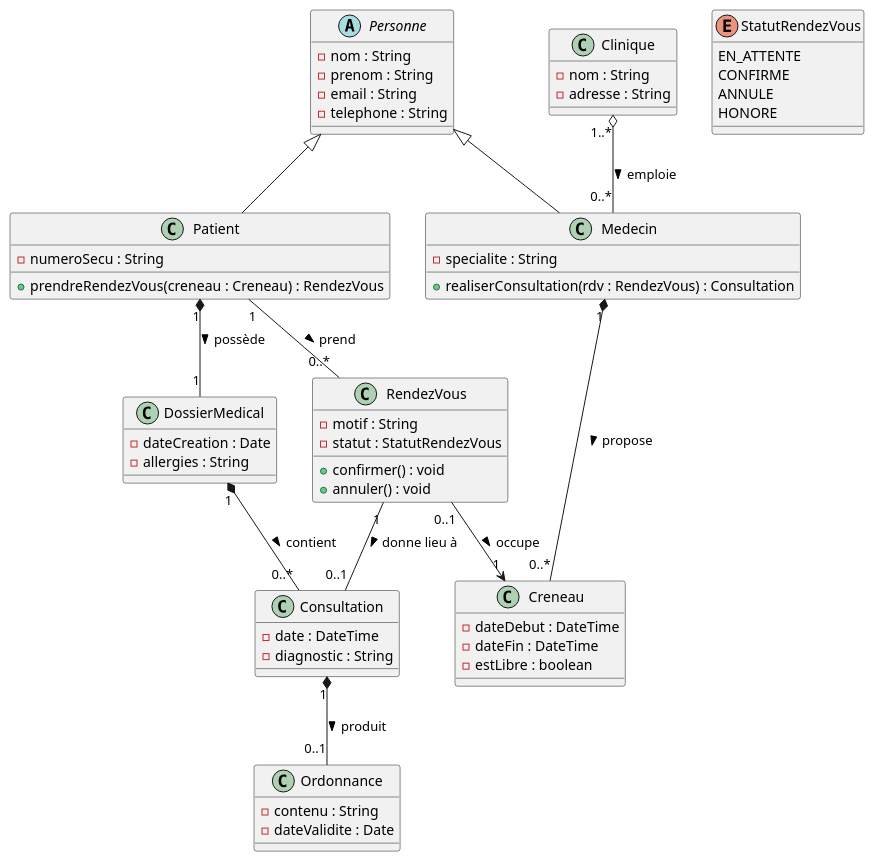
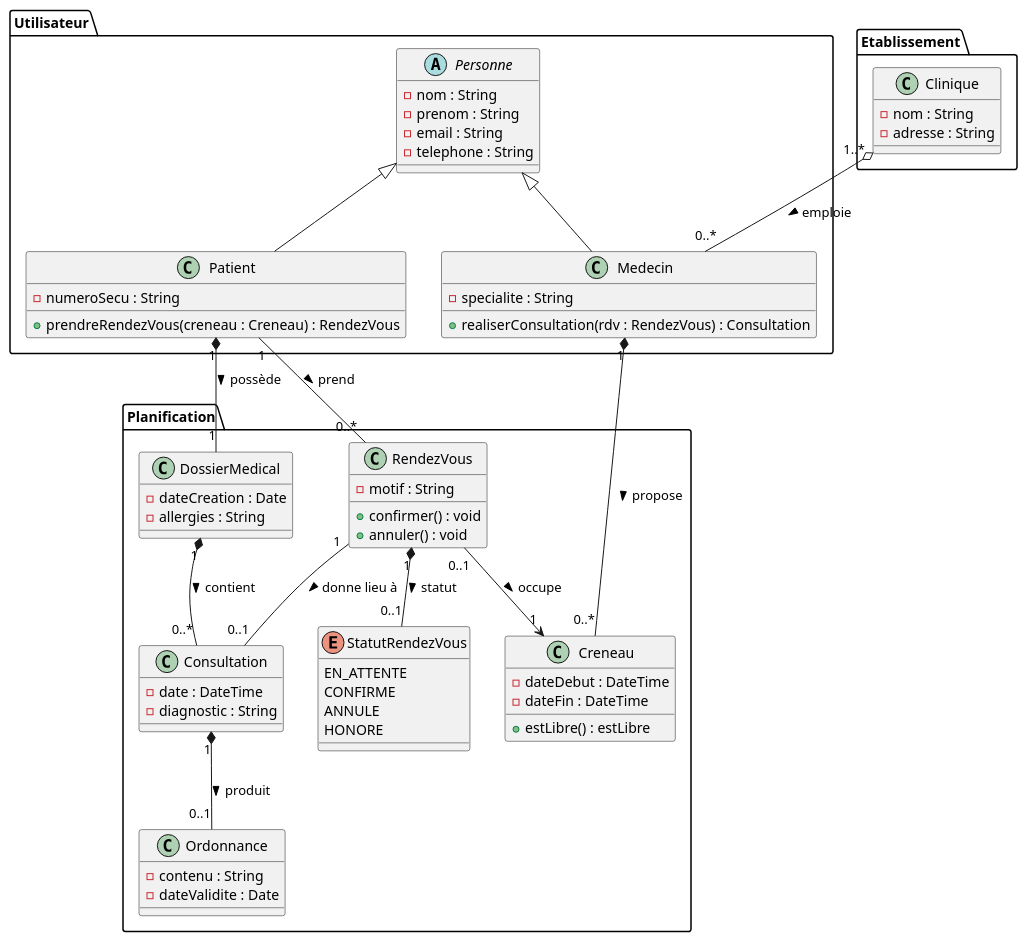
Before and after one commit to zaouaoua/uml: the diagram in mediplan_diagramme_classes.puml, drawn with PlantUML.

Commit message:
ajoute des packages

```diff
--- a/mediplan_diagramme_classes.puml
+++ b/mediplan_diagramme_classes.puml
@@ -1,74 +1,83 @@
-@startuml MediPlan
+@startuml MediPlan_Simple
 
 
+package "Utilisateur" {
 
 abstract class Personne {
   - nom : String
   - prenom : String
   - email : String
   - telephone : String
 }
 
 class Patient {
   - numeroSecu : String
   + prendreRendezVous(creneau : Creneau) : RendezVous
 }
 
 class Medecin {
   - specialite : String
   + realiserConsultation(rdv : RendezVous) : Consultation
 }
+}
+package "Etablissement" {
+
 
 class Clinique {
   - nom : String
   - adresse : String
 }
+}
+package "Planification" {
+
 
 class Creneau {
   - dateDebut : DateTime
   - dateFin : DateTime
-  - estLibre : boolean
+  + estLibre() : estLibre 
 }
 
 class RendezVous {
   - motif : String
-  - statut : StatutRendezVous
   + confirmer() : void
   + annuler() : void
 }
 
 class DossierMedical {
   - dateCreation : Date
   - allergies : String
 }
 
 class Consultation {
   - date : DateTime
   - diagnostic : String
 }
 
 class Ordonnance {
   - contenu : String
   - dateValidite : Date
 }
 
+
 enum StatutRendezVous {
   EN_ATTENTE
   CONFIRME
   ANNULE
   HONORE
 }
+}
+
 
 Personne <|-- Patient
 Personne <|-- Medecin
 
 Clinique "1..*" o-- "0..*" Medecin : emploie >
 Medecin "1" *-- "0..*" Creneau : propose >
 Patient "1" -- "0..*" RendezVous : prend >
 RendezVous "0..1" --> "1" Creneau : occupe >
 Patient "1" *-- "1" DossierMedical : possède >
 DossierMedical "1" *-- "0..*" Consultation : contient >
 RendezVous "1" -- "0..1" Consultation : donne lieu à >
 Consultation "1" *-- "0..1" Ordonnance : produit >
-
+RendezVous "1" *-- "0..1" StatutRendezVous : statut >
 @enduml
```
